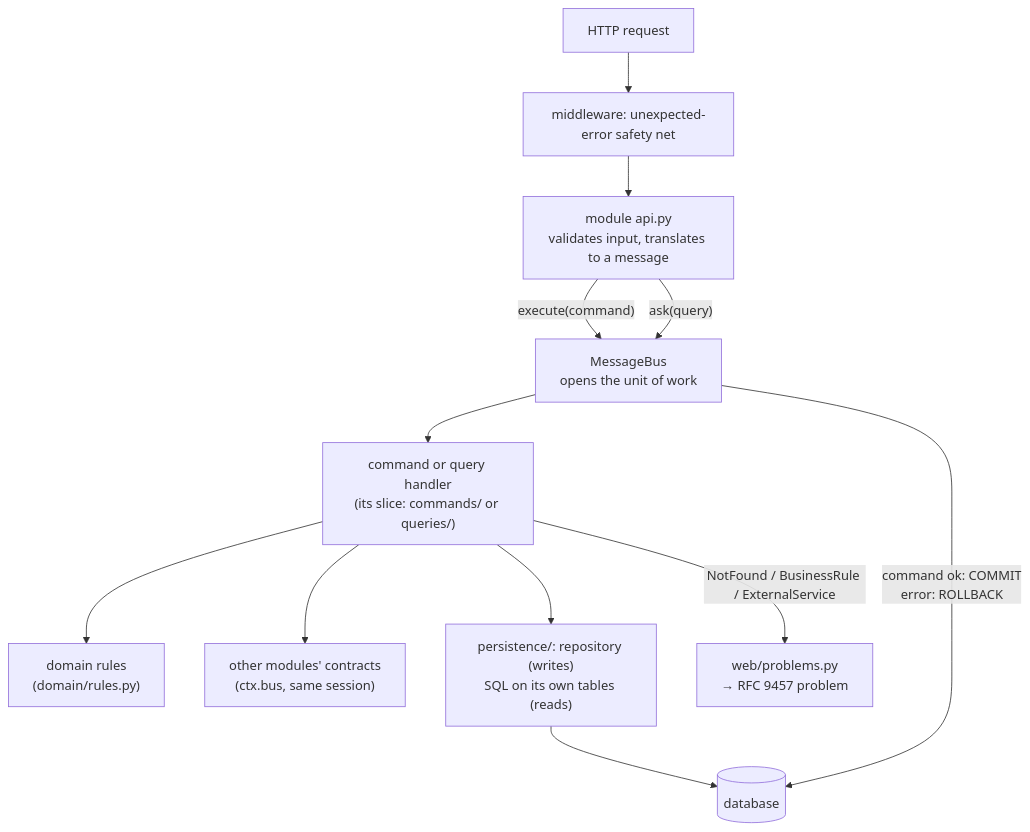
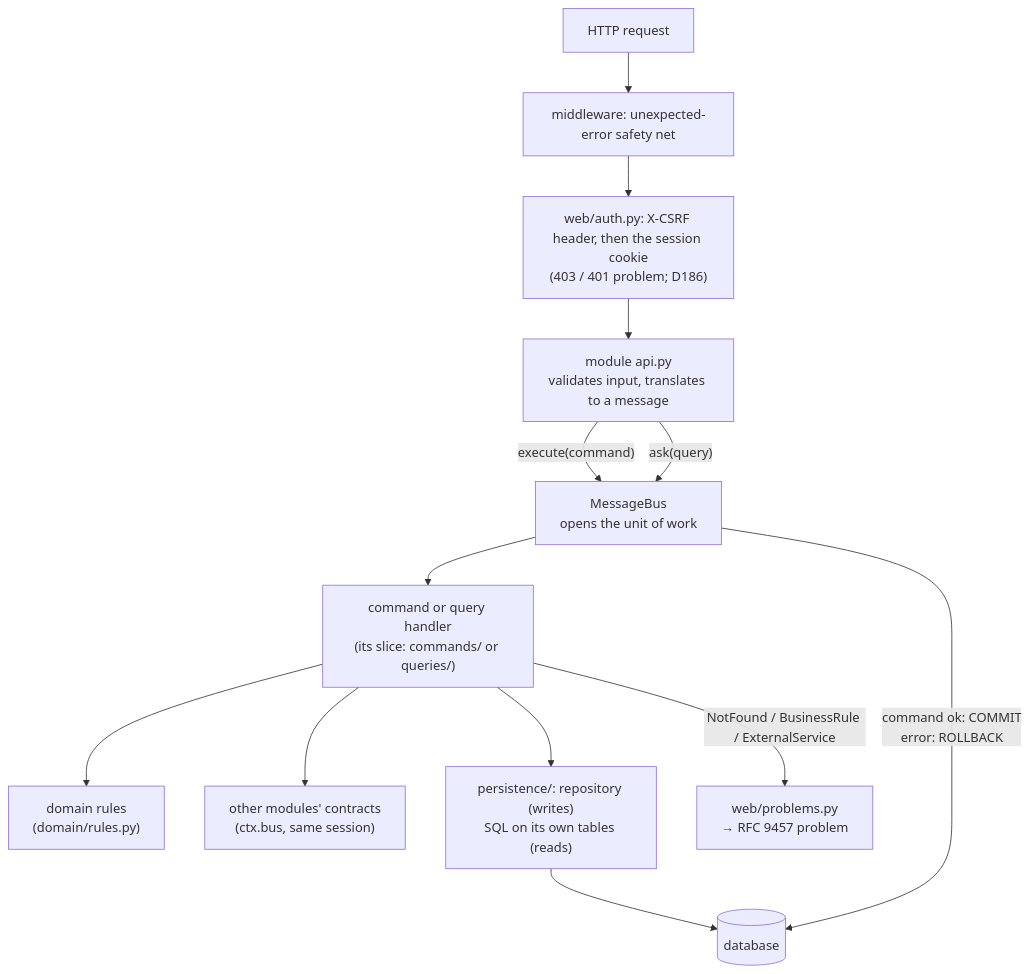
One commit to sanjeevgnrgy/spendwise changed the sixth of 6 diagrams in docs/how_spendwise_works.md. Above: the diagram before and after it, drawn with Mermaid. The commit also changed 71 other files, not shown here.

````diff
--- a/docs/how_spendwise_works.md
+++ b/docs/how_spendwise_works.md
@@ -127,14 +127,15 @@
 ```mermaid
 flowchart TD
     HTTP["HTTP request"] --> MW["middleware: unexpected-error safety net"]
-    MW --> ROUTE["module api.py<br/>validates input, translates to a message"]
+    MW --> AUTH["web/auth.py: X-CSRF header, then the session cookie<br/>(403 / 401 problem; D186)"]
+    AUTH --> ROUTE["module api.py<br/>validates input, translates to a message"]
     ROUTE -->|"execute(command)"| BUS["MessageBus<br/>opens the unit of work"]
     ROUTE -->|"ask(query)"| BUS
     BUS --> HANDLER["command or query handler<br/>(its slice: commands/ or queries/)"]
     HANDLER --> DOMAIN["domain rules<br/>(domain/rules.py)"]
     HANDLER --> OTHER["other modules' contracts<br/>(ctx.bus, same session)"]
     HANDLER --> REPO["persistence/: repository (writes)<br/>SQL on its own tables (reads)"]
     REPO --> DB[("database")]
     BUS -->|"command ok: COMMIT<br/>error: ROLLBACK"| DB
     HANDLER -->|"NotFound / BusinessRule / ExternalService"| ERR["web/problems.py<br/>→ RFC 9457 problem"]
 ```
````
